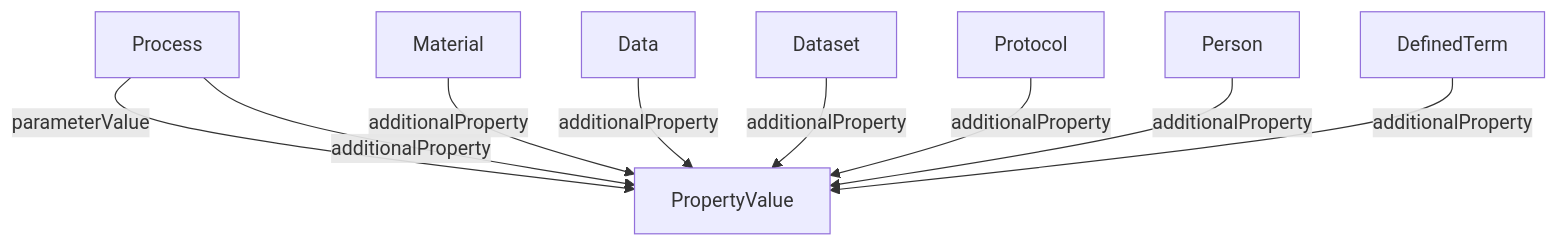
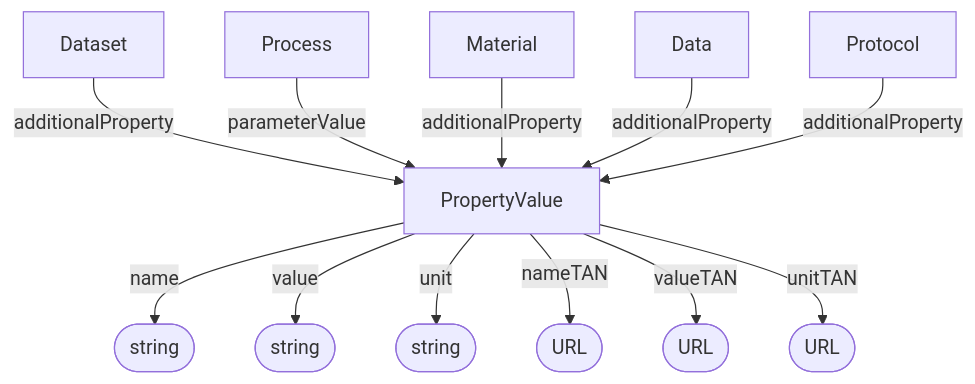
The diagram in spec/core/PropertyValue.md (HLWeil/ProcessCore), drawn with Mermaid before and after one commit. The commit also changed other lines of this file and 8 other files, not shown here.

````diff
--- a/spec/core/PropertyValue.md
+++ b/spec/core/PropertyValue.md
@@ -28,11 +28,25 @@
 ```mermaid
 flowchart TD
+
+    na@{ shape: stadium, label: "string" }
+    va@{ shape: stadium, label: "string" }
+    un@{ shape: stadium, label: "string" }
+    nt@{ shape: stadium, label: "URL" }
+    vt@{ shape: stadium, label: "URL" }
+    ut@{ shape: stadium, label: "URL" }
+
+    Dataset --additionalProperty--> PropertyValue
     Process --parameterValue--> PropertyValue
-    Process --additionalProperty--> PropertyValue
     Material --additionalProperty--> PropertyValue
     Data --additionalProperty--> PropertyValue
-    Dataset --additionalProperty--> PropertyValue
     Protocol --additionalProperty--> PropertyValue
-    Person --additionalProperty--> PropertyValue
-    DefinedTerm --additionalProperty--> PropertyValue
+
+    PropertyValue --name--> na
+    PropertyValue --value--> va
+    PropertyValue --unit--> un
+    PropertyValue --nameTAN--> nt
+    PropertyValue --valueTAN--> vt
+    PropertyValue --unitTAN--> ut
+    
+
 ```
````
